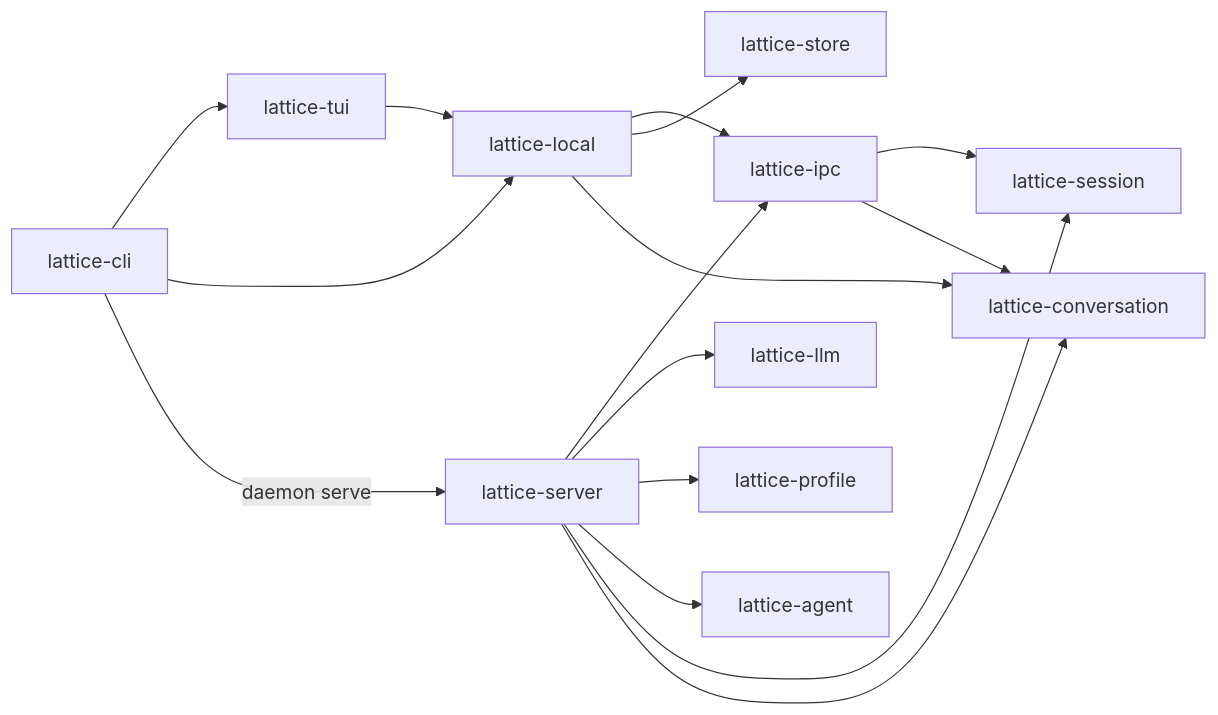
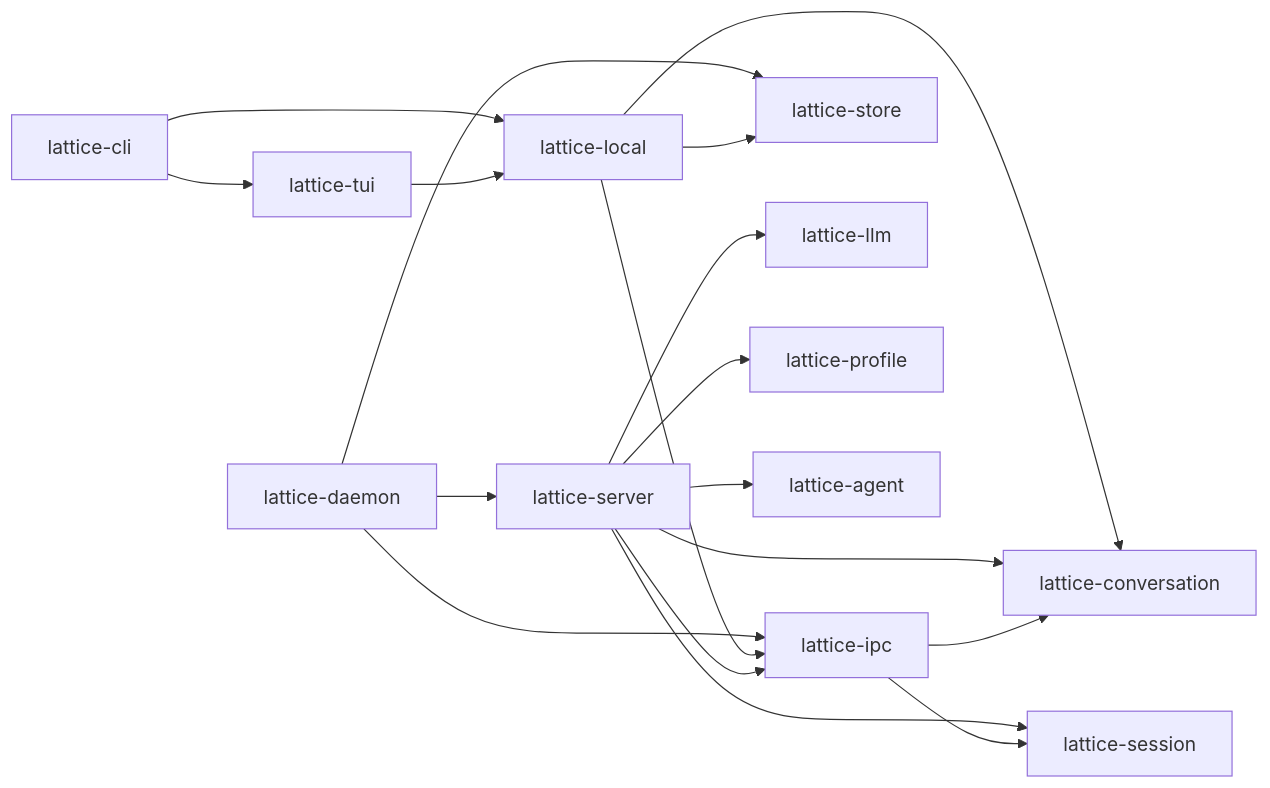
The diagram in docs/architecture/crates.md (Skyline10124/lattice), drawn with Mermaid before and after one commit. The commit also changed other lines of this file and 77 other files, not shown here.

First line of the commit message:
feat(daemon): 后台改由 systemd 托管，新增 lattice-daemon 与 lattice daemon install (#411)

````diff
--- a/docs/architecture/crates.md
+++ b/docs/architecture/crates.md
@@ -15,18 +15,20 @@
 ```mermaid
 flowchart LR
     CLI["lattice-cli"] --> TUI["lattice-tui"]
     CLI --> LOCAL["lattice-local"]
-    CLI -->|daemon serve| SERVER["lattice-server"]
+    DAEMON["lattice-daemon"] --> SERVER["lattice-server"]
+    DAEMON --> IPC["lattice-ipc"]
+    DAEMON --> STORE["lattice-store"]
     TUI --> LOCAL
-    LOCAL --> IPC["lattice-ipc"]
-    LOCAL --> STORE["lattice-store"]
+    LOCAL --> IPC
+    LOCAL --> STORE
     LOCAL --> CONV["lattice-conversation"]
     SERVER --> IPC
     SERVER --> LLM["lattice-llm"]
     SERVER --> PROFILE["lattice-profile"]
     SERVER --> AGENT["lattice-agent"]
     SERVER --> SESSION["lattice-session"]
     SERVER --> CONV
     IPC --> SESSION
     IPC --> CONV
 ```
````
